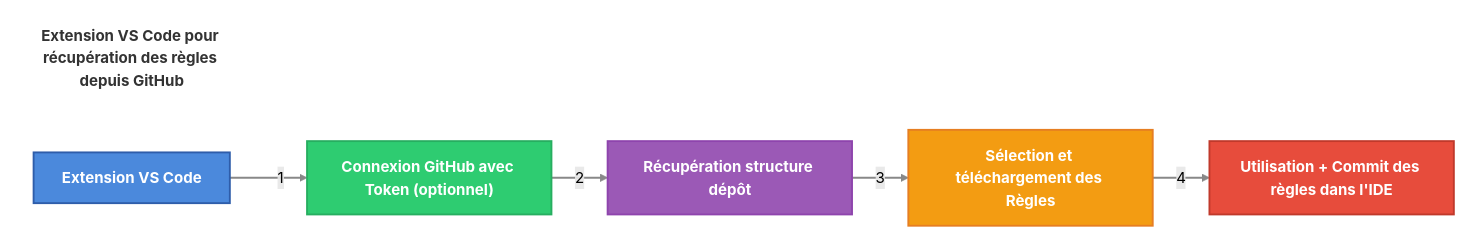
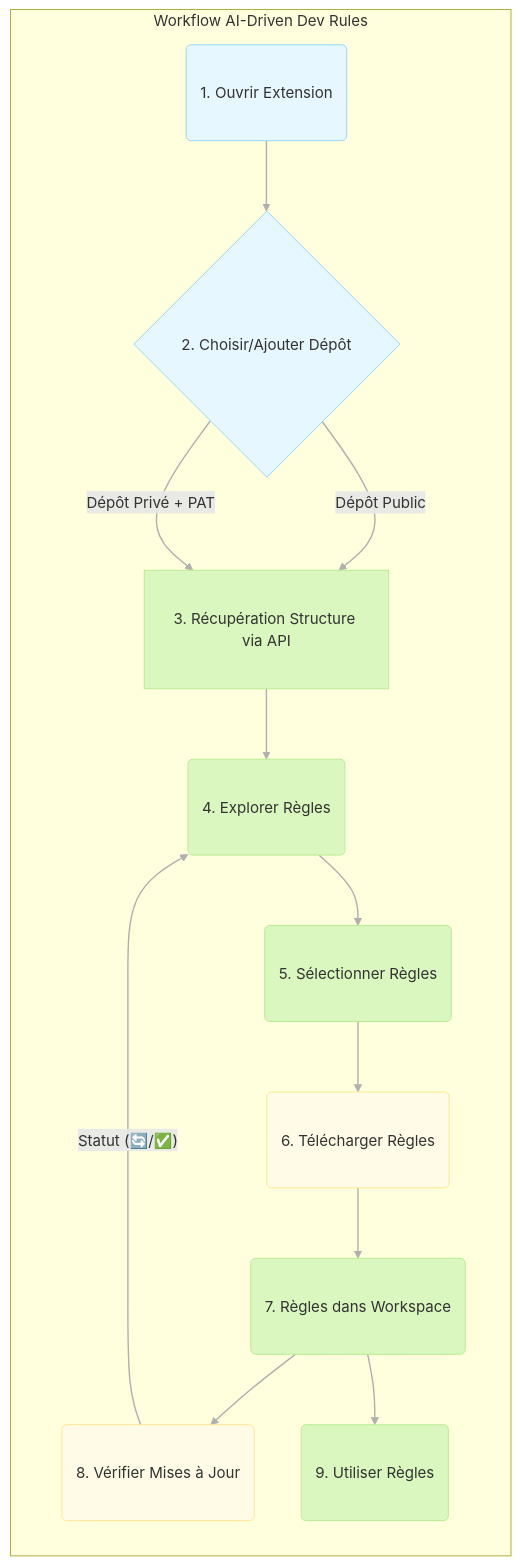
Before and after one commit to ai-driven-dev/rules: the diagram in README.md, drawn with Mermaid. The commit also changed other lines of this file and 17 other files, not shown here.

````diff
--- a/README.md
+++ b/README.md
@@ -45,19 +45,29 @@
 ```mermaid
-flowchart LR
-    classDef titleClass fill:none,stroke:none,color:#333333,font-size:16px,font-weight:bold
-    title[Extension VS Code pour récupération des règles depuis GitHub]
-    class title titleClass
-    
-    A[Extension VS Code] -->|1| B["Connexion GitHub avec Token (optionnel)"]
-    B -->|2| C["Récupération structure dépôt"]
-    C -->|3| D["Sélection et téléchargement des Règles"]
-    D -->|4| E["Utilisation + Commit des règles dans l'IDE"]
-    
-    style A fill:#4b89dc,stroke:#2e5daa,color:white,stroke-width:2px,border-radius:10px,font-weight:bold
-    style B fill:#2ecc71,stroke:#27ae60,color:white,stroke-width:2px,border-radius:10px,font-weight:bold
-    style C fill:#9b59b6,stroke:#8e44ad,color:white,stroke-width:2px,border-radius:10px,font-weight:bold
-    style D fill:#f39c12,stroke:#e67e22,color:white,stroke-width:2px,border-radius:10px,font-weight:bold
-    style E fill:#e74c3c,stroke:#c0392b,color:white,stroke-width:2px,border-radius:10px,font-weight:bold
-    
-    linkStyle 0,1,2,3 stroke-width:2px,stroke:#888888,color:black
+flowchart TD
+    classDef default fill:#f0f2f5,stroke:#d9d9d9,stroke-width:1px,border-radius:6px,padding:10px
+    classDef setup fill:#e6f7ff,stroke:#91d5ff,stroke-width:1px,border-radius:6px,padding:10px
+    classDef core fill:#d9f7be,stroke:#b7eb8f,stroke-width:1px,border-radius:6px,padding:10px
+    classDef action fill:#fffbe6,stroke:#ffe58f,stroke-width:1px,border-radius:6px,padding:10px
+
+    subgraph "Workflow AI-Driven Dev Rules"
+        direction TB
+
+        A(1. Ouvrir Extension) --> B{2. Choisir/Ajouter Dépôt};
+        B -- Dépôt Public --> C[3. Récupération Structure via API];
+        B -- Dépôt Privé + PAT --> C;
+        C --> D(4. Explorer Règles);
+        D --> E(5. Sélectionner Règles);
+        E --> F(6. Télécharger Règles);
+        F --> G(7. Règles dans Workspace);
+        G --> H(8. Vérifier Mises à Jour);
+        H -- Statut (🔄/✅) --> D;
+        G --> I(9. Utiliser Règles);
+
+    end
+
+    class A,B setup;
+    class C,D,E,G,I core;
+    class F,H action;
+
+    linkStyle default stroke:#b0b0b0,stroke-width:1.5px;
 ```
````
